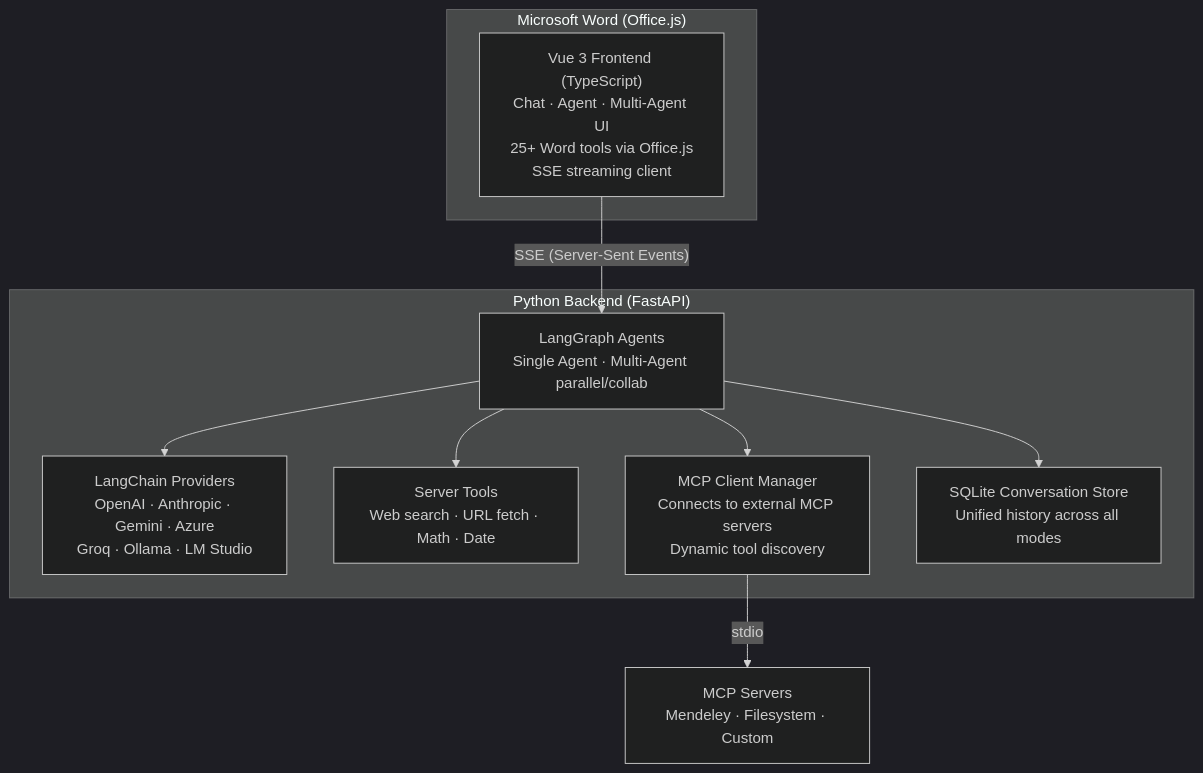
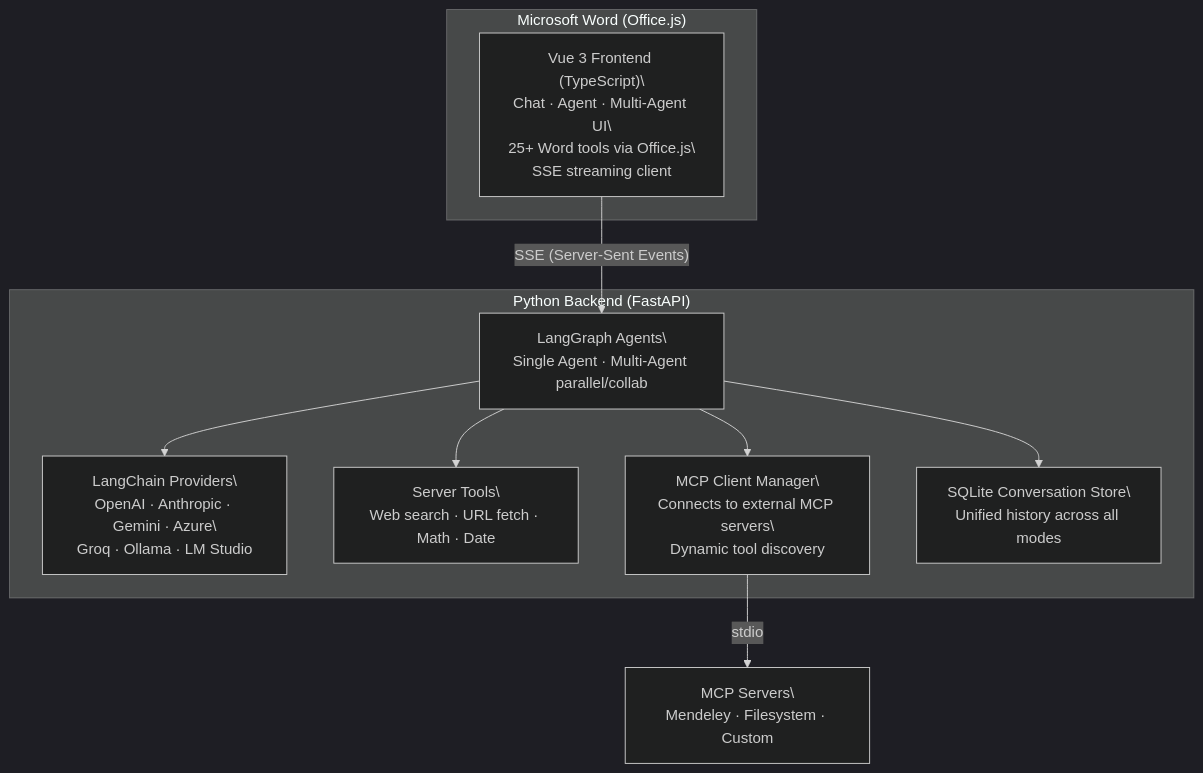
Before and after one commit to kauttoj/WordLLMs: the diagram in README.md, drawn with Mermaid (dark theme). The commit also changed other lines of this file, not shown here.

````diff
--- a/README.md
+++ b/README.md
@@ -410,22 +434,23 @@
 ```mermaid
 graph TD
     subgraph Word["Microsoft Word (Office.js)"]
-        FE["Vue 3 Frontend (TypeScript)\nChat · Agent · Multi-Agent UI\n25+ Word tools via Office.js\nSSE streaming client"]
+        FE["Vue 3 Frontend (TypeScript)\\nChat · Agent · Multi-Agent UI\\n25+ Word tools via Office.js\\nSSE streaming client"]
     end
 
     FE -- "SSE (Server-Sent Events)" --> Agents
 
     subgraph Backend["Python Backend (FastAPI)"]
-        Agents["LangGraph Agents\nSingle Agent · Multi-Agent parallel/collab"]
-        Providers["LangChain Providers\nOpenAI · Anthropic · Gemini · Azure\nGroq · Ollama · LM Studio"]
-        Tools["Server Tools\nWeb search · URL fetch · Math · Date"]
-        MCP["MCP Client Manager\nConnects to external MCP servers\nDynamic tool discovery"]
-        DB["SQLite Conversation Store\nUnified history across all modes"]
+        Agents["LangGraph Agents\\nSingle Agent · Multi-Agent parallel/collab"]
+        Providers["LangChain Providers\\nOpenAI · Anthropic · Gemini · Azure\\nGroq · Ollama · LM Studio"]
+        Tools["Server Tools\\nWeb search · URL fetch · Math · Date"]
+        MCP["MCP Client Manager\\nConnects to external MCP servers\\nDynamic tool discovery"]
+        DB["SQLite Conversation Store\\nUnified history across all modes"]
         Agents --> Providers
         Agents --> Tools
         Agents --> MCP
         Agents --> DB
     end
 
-    MCP -- "stdio" --> MCPServers["MCP Servers\nMendeley · Filesystem · Custom"]
+    MCP -- "stdio" --> MCPServers["MCP Servers\\nMendeley · Filesystem · Custom"]
+
 ```
````
